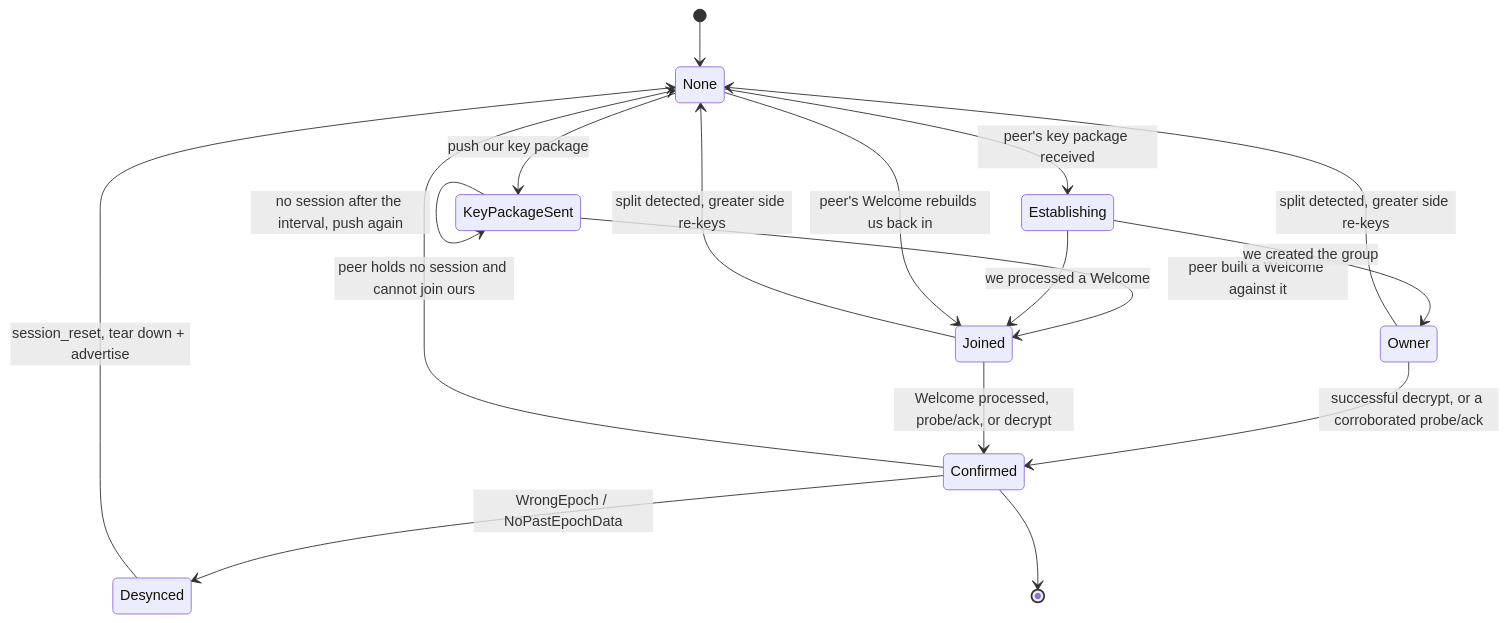
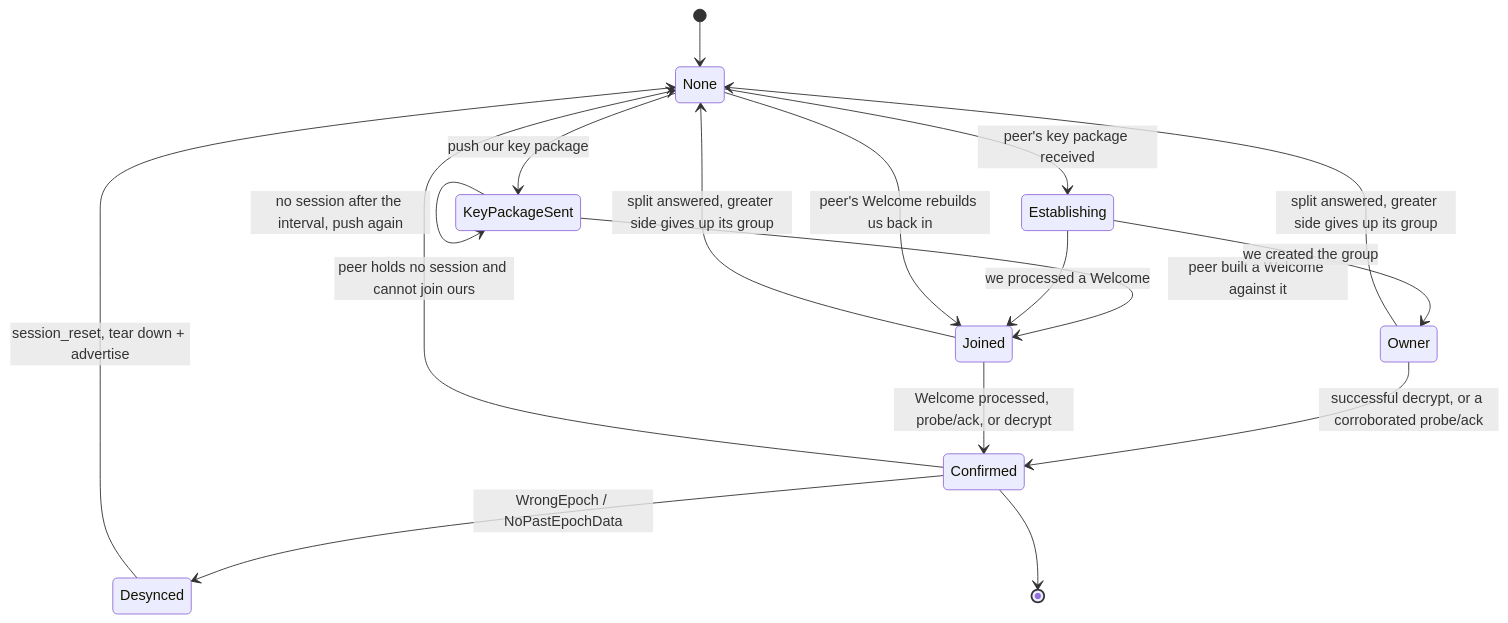
One commit to Offline-Protocol/offline-protocol-sdk changed the diagram in docs/state-machines/session-lifecycle.md. Above: the diagram before and after it, drawn with Mermaid. The commit also changed other lines of this file and 10 other files, not shown here.

First line of the commit message:
fix(protocol): heal a split by giving up our group, and keep challenges and marks honest

````diff
--- a/docs/state-machines/session-lifecycle.md
+++ b/docs/state-machines/session-lifecycle.md
@@ -24,24 +24,24 @@
 ```mermaid
 stateDiagram-v2
     [*] --> None
     None --> KeyPackageSent: push our key package
     None --> Establishing: peer's key package received
     KeyPackageSent --> Joined: peer built a Welcome against it
     KeyPackageSent --> KeyPackageSent: no session after the interval, push again
 
     Establishing --> Owner: we created the group
     Establishing --> Joined: we processed a Welcome
 
     Owner --> Confirmed: successful decrypt, or a corroborated probe/ack
     Joined --> Confirmed: Welcome processed, probe/ack, or decrypt
 
-    Owner --> None: split detected, greater side re-keys
-    Joined --> None: split detected, greater side re-keys
+    Owner --> None: split answered, greater side gives up its group
+    Joined --> None: split answered, greater side gives up its group
 
     Confirmed --> Desynced: WrongEpoch / NoPastEpochData
     Desynced --> None: session_reset, tear down + advertise
     Confirmed --> None: peer holds no session and cannot join ours
     None --> Joined: peer's Welcome rebuilds us back in
 
     Confirmed --> [*]
 ```
````
